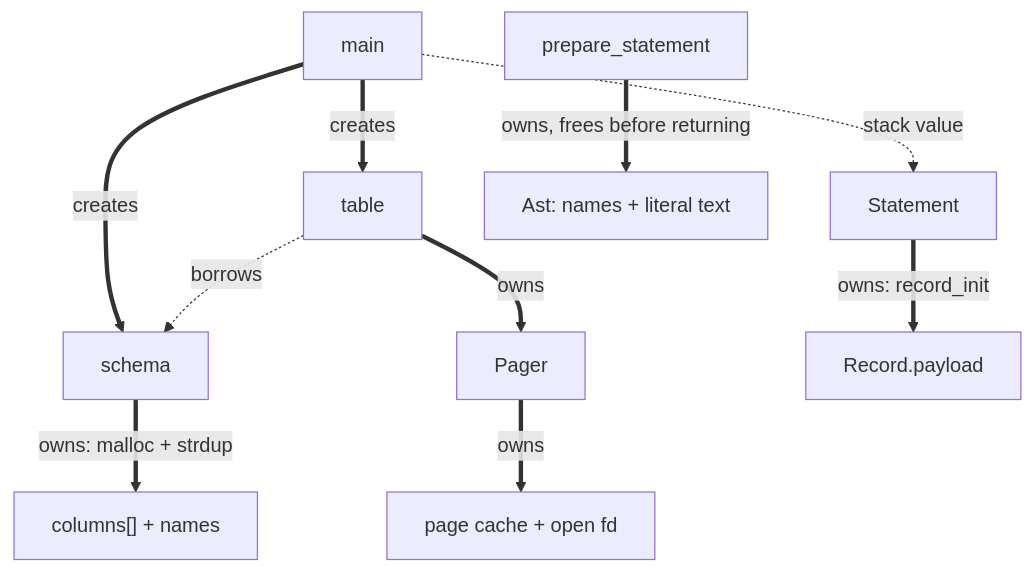
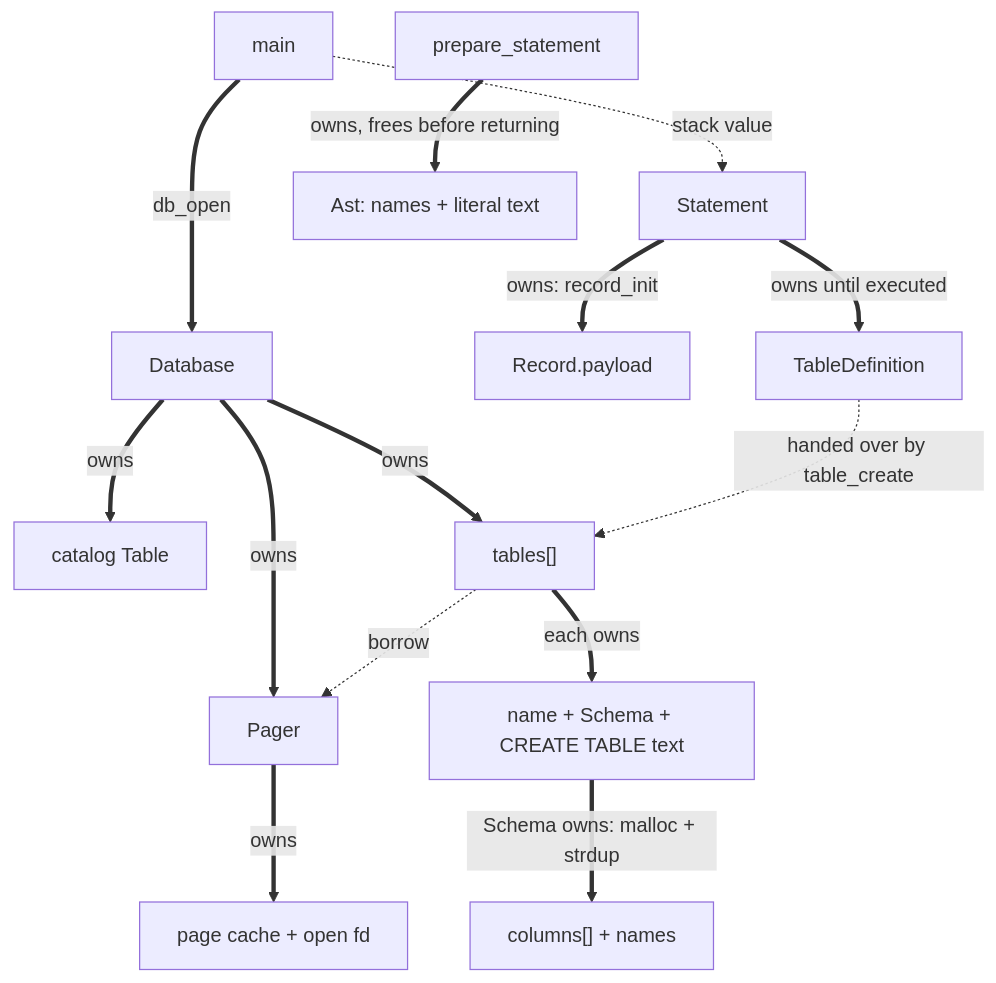
Diagram 18 of 21 in README.md (Rohitangshu2026/mini-sql), drawn with Mermaid before and after one commit. The commit also changed other lines of this file, not shown here.

First line of the commit message:
docs: describe the catalog and CREATE TABLE in the README

````diff
--- a/README.md
+++ b/README.md
@@ -898,13 +1045,17 @@
 ```mermaid
 flowchart TD
-    main ==>|creates| schema
-    main ==>|creates| table
+    main ==>|db_open| db["Database"]
     main -.->|stack value| stmt["Statement"]
 
-    schema ==>|owns: malloc + strdup| cols["columns[] + names"]
-    table ==>|owns| pager["Pager"]
+    db ==>|owns| pager["Pager"]
     pager ==>|owns| pagesfd["page cache + open fd"]
-    table -.->|borrows| schema
+    db ==>|owns| catalog["catalog Table"]
+    db ==>|owns| tables["tables[]"]
+    tables ==>|each owns| tparts["name + Schema + CREATE TABLE text"]
+    tables -.->|borrow| pager
+    tparts ==>|Schema owns: malloc + strdup| cols["columns[] + names"]
     stmt ==>|owns: record_init| payload["Record.payload"]
+    stmt ==>|owns until executed| def["TableDefinition"]
+    def -.->|handed over by table_create| tables
     prep["prepare_statement"] ==>|owns, frees before returning| ast["Ast: names + literal text"]
 ```
````
